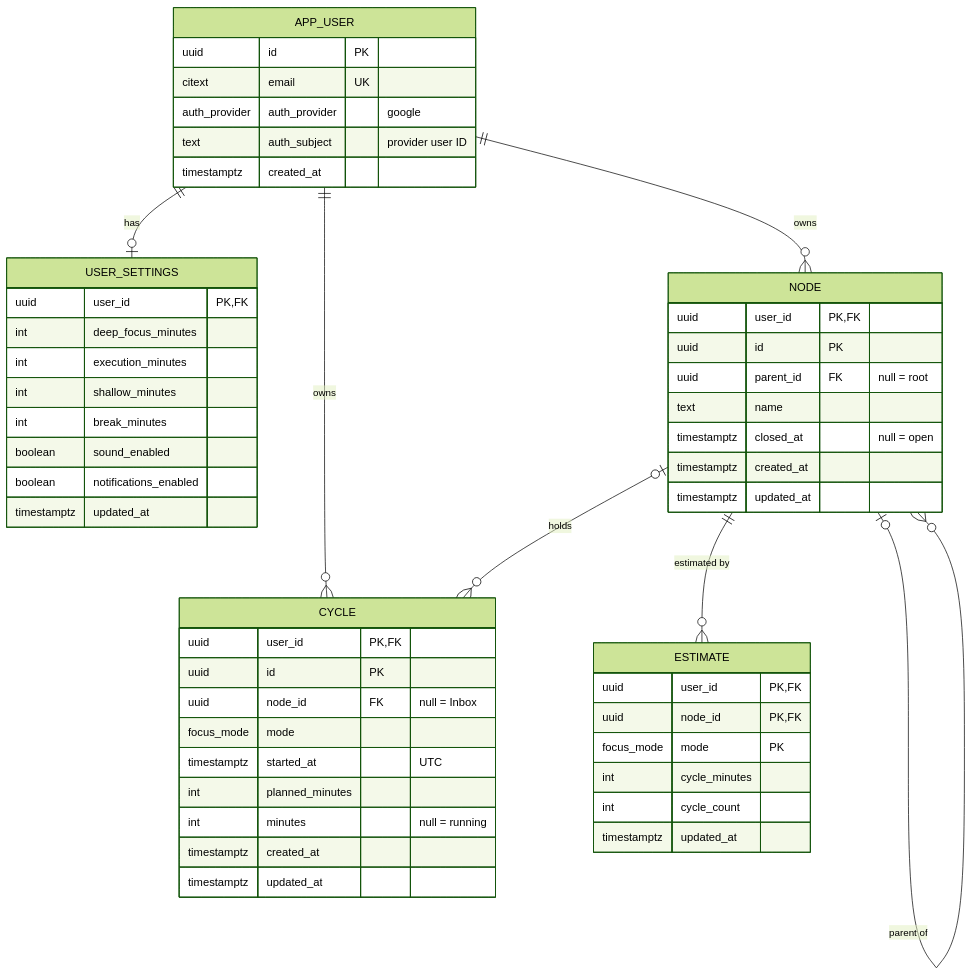
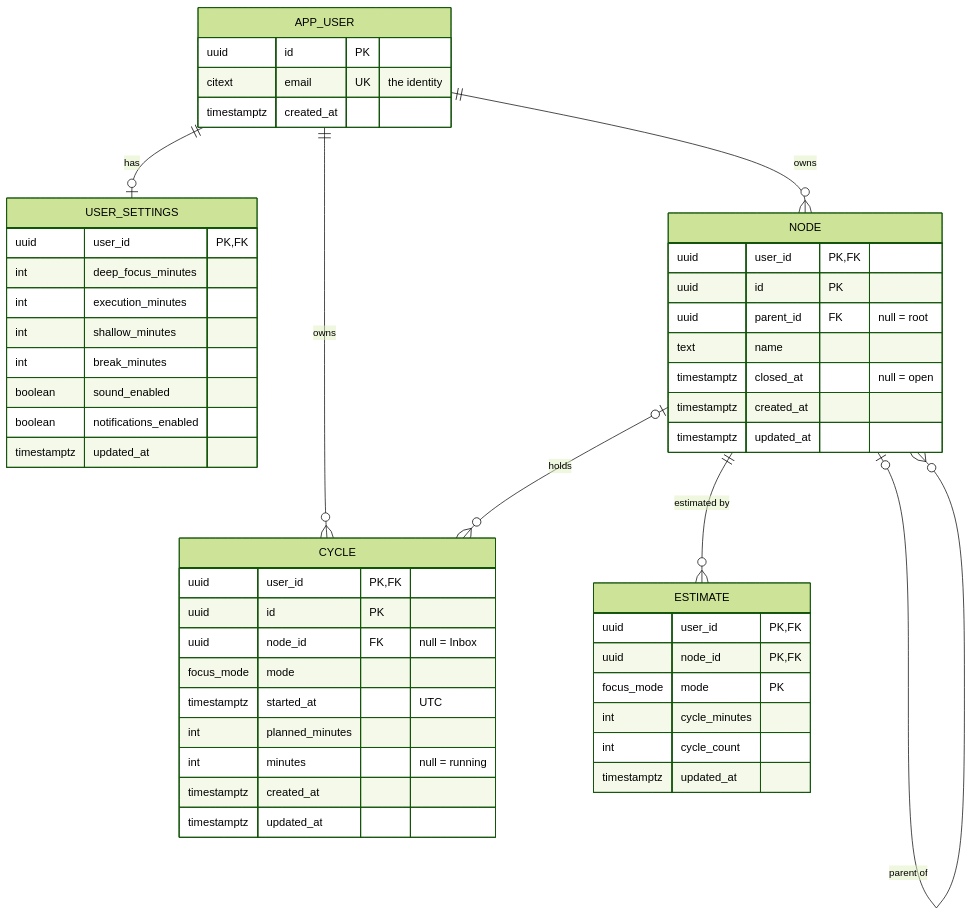
The first of 2 diagrams in docs/schema.md (SaumyaKarnwal/focus-ledger), drawn with Mermaid (forest theme) before and after one commit. The commit also changed other lines of this file and 3 other files, not shown here.

````diff
--- a/docs/schema.md
+++ b/docs/schema.md
@@ -45,55 +45,53 @@
 ```mermaid
 erDiagram
     APP_USER ||--o| USER_SETTINGS : "has"
     APP_USER ||--o{ NODE : "owns"
     APP_USER ||--o{ CYCLE : "owns"
     NODE |o--o{ NODE : "parent of"
     NODE |o--o{ CYCLE : "holds"
     NODE ||--o{ ESTIMATE : "estimated by"
 
     APP_USER {
         uuid id PK
-        citext email UK
-        auth_provider auth_provider "google"
-        text auth_subject "provider user ID"
+        citext email UK "the identity"
         timestamptz created_at
     }
     USER_SETTINGS {
         uuid user_id PK, FK
         int deep_focus_minutes
         int execution_minutes
         int shallow_minutes
         int break_minutes
         boolean sound_enabled
         boolean notifications_enabled
         timestamptz updated_at
     }
     NODE {
         uuid user_id PK, FK
         uuid id PK
         uuid parent_id FK "null = root"
         text name
         timestamptz closed_at "null = open"
         timestamptz created_at
         timestamptz updated_at
     }
     CYCLE {
         uuid user_id PK, FK
         uuid id PK
         uuid node_id FK "null = Inbox"
         focus_mode mode
         timestamptz started_at "UTC"
         int planned_minutes
         int minutes "null = running"
         timestamptz created_at
         timestamptz updated_at
     }
     ESTIMATE {
         uuid user_id PK, FK
         uuid node_id PK, FK
         focus_mode mode PK
         int cycle_minutes
         int cycle_count
         timestamptz updated_at
     }
 ```
````
